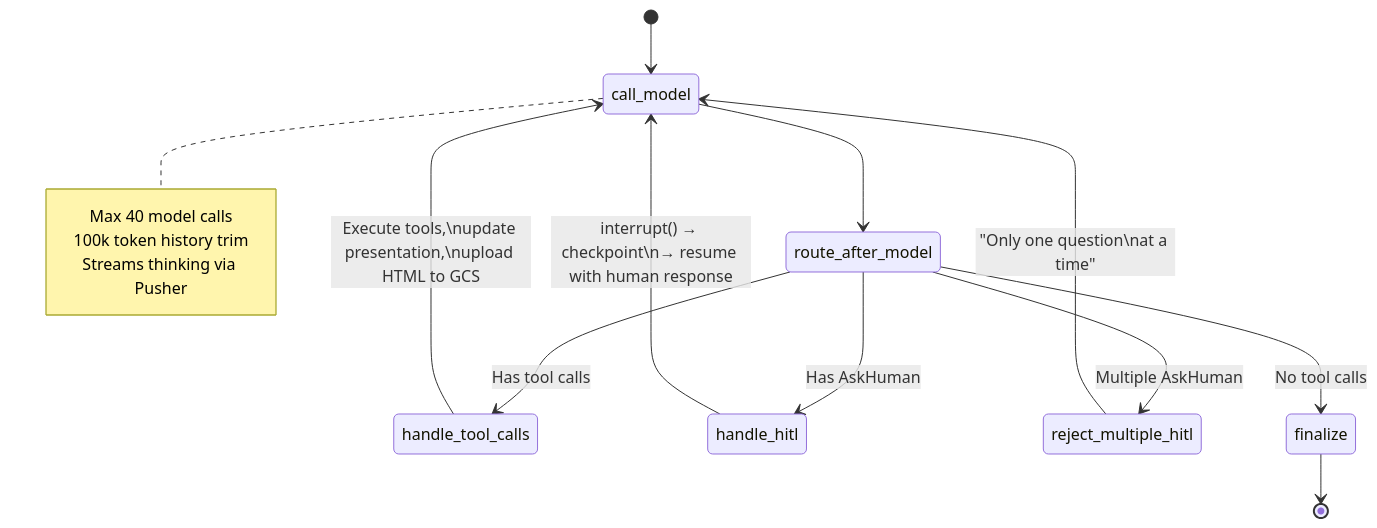
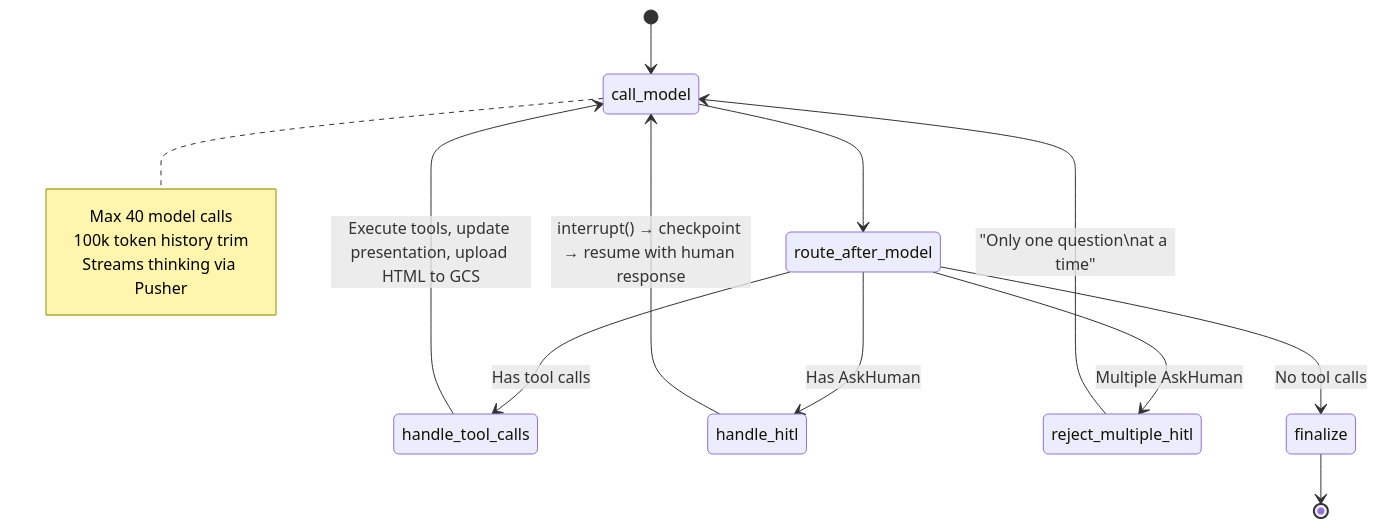
The second of 5 diagrams in README.md (InvincibleSihag/SlidelySmart), drawn with Mermaid before and after one commit.

Commit message:
Fix formatting in README.md for clarity

````diff
--- a/README.md
+++ b/README.md
@@ -60,22 +60,22 @@
 ```mermaid
 stateDiagram-v2
     [*] --> call_model
     call_model --> route_after_model
 
     state route_after_model <<choice>>
     route_after_model --> handle_tool_calls: Has tool calls
     route_after_model --> handle_hitl: Has AskHuman
     route_after_model --> reject_multiple_hitl: Multiple AskHuman
     route_after_model --> finalize: No tool calls
 
-    handle_tool_calls --> call_model: Execute tools,\nupdate presentation,\nupload HTML to GCS
-    handle_hitl --> call_model: interrupt() → checkpoint\n→ resume with human response
+    handle_tool_calls --> call_model: Execute tools, update presentation, upload HTML to GCS
+    handle_hitl --> call_model: interrupt() → checkpoint → resume with human response
     reject_multiple_hitl --> call_model: "Only one question\nat a time"
     finalize --> [*]
 
     note right of call_model
         Max 40 model calls
         100k token history trim
         Streams thinking via Pusher
     end note
 ```
````
